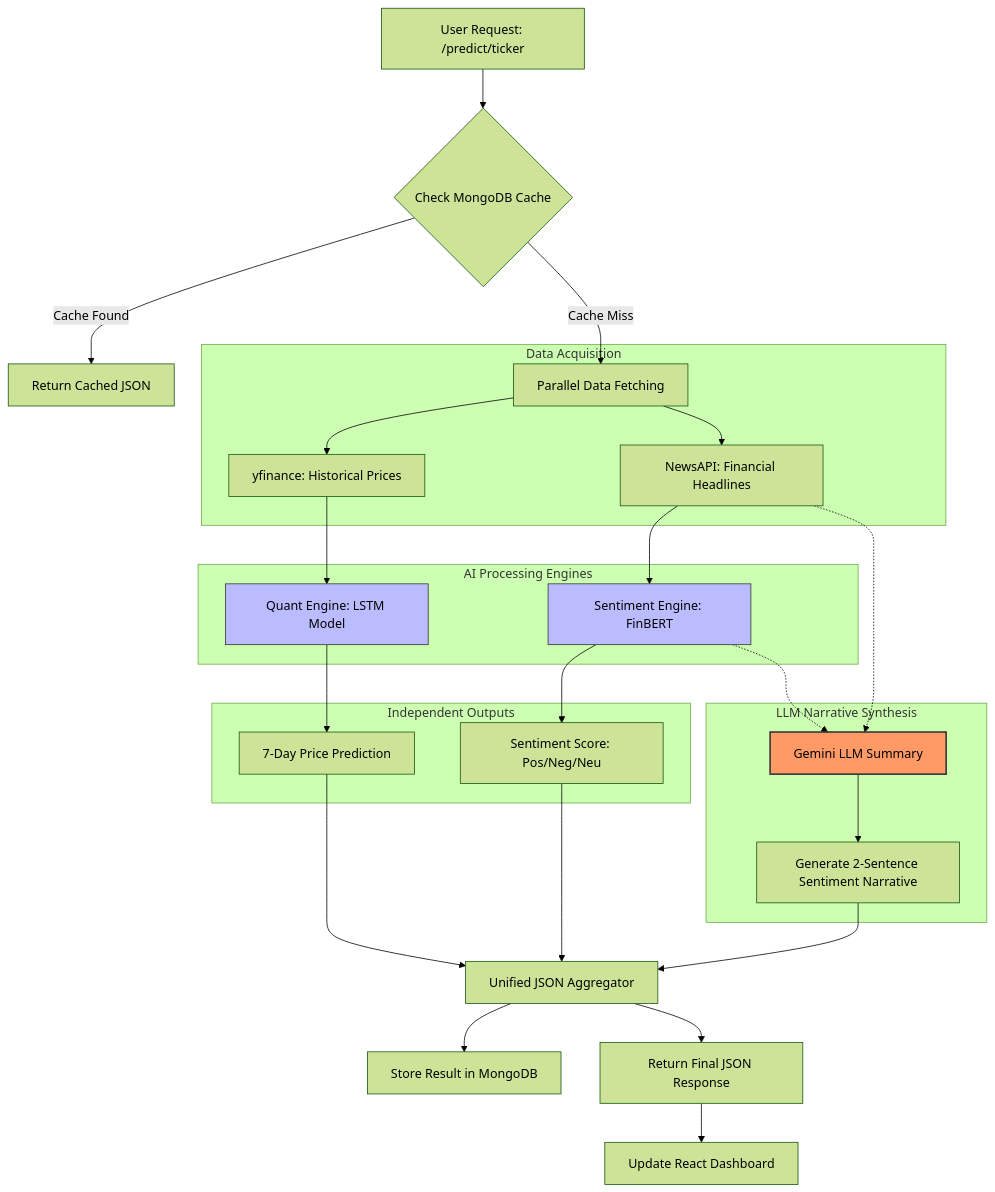
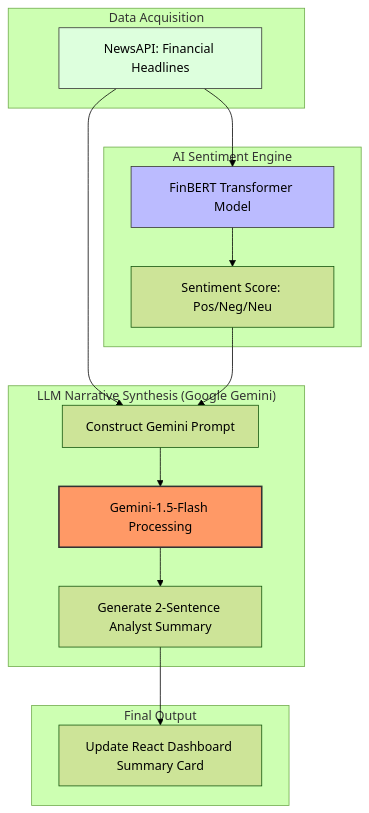
One commit to LUcky220529/AI-Driven-Stock-Market-Sentiment-Prediction-System changed the fourth of 4 diagrams in README.md. Above: the diagram before and after it, drawn with Mermaid (forest theme).

````diff
--- a/README.md
+++ b/README.md
@@ -248,40 +248,28 @@
 ```mermaid
+
 graph TD
-    A[User Request: /predict/ticker] --> B{Check MongoDB Cache}
-    B -- Cache Found --> C[Return Cached JSON]
-    B -- Cache Miss --> D[Parallel Data Fetching]
-
     subgraph "Data Acquisition"
-    D --> E[yfinance: Historical Prices]
-    D --> F[NewsAPI: Financial Headlines]
+        A[NewsAPI: Financial Headlines]
     end
 
-    subgraph "AI Processing Engines"
-    E --> G[Quant Engine: LSTM Model]
-    F --> H[Sentiment Engine: FinBERT]
+    subgraph "AI Sentiment Engine"
+        A --> B[FinBERT Transformer Model]
+        B --> C[Sentiment Score: Pos/Neg/Neu]
     end
 
-    subgraph "Independent Outputs"
-    G --> I[7-Day Price Prediction]
-    H --> J[Sentiment Score: Pos/Neg/Neu]
+    subgraph "LLM Narrative Synthesis (Google Gemini)"
+        A --> D[Construct Gemini Prompt]
+        C --> D
+        D --> E[Gemini-1.5-Flash Processing]
+        E --> F[Generate 2-Sentence Analyst Summary]
     end
 
-    subgraph "LLM Narrative Synthesis"
-    F -.-> K[Gemini LLM Summary]
-    H -.-> K
-    K --> L[Generate 2-Sentence Sentiment Narrative]
+    subgraph "Final Output"
+        F --> G[Update React Dashboard Summary Card]
     end
 
-    I --> M[Unified JSON Aggregator]
-    J --> M
-    L --> M
-
-    M --> N[Store Result in MongoDB]
-    M --> O[Return Final JSON Response]
-    O --> P[Update React Dashboard]
-
-    style K fill:#f96,stroke:#333,stroke-width:2px
-    style G fill:#bbf,stroke:#333
-    style H fill:#bbf,stroke:#333
+    style E fill:#f96,stroke:#333,stroke-width:2px
+    style B fill:#bbf,stroke:#333
+    style A fill:#dfd,stroke:#333
    
 ```
````
